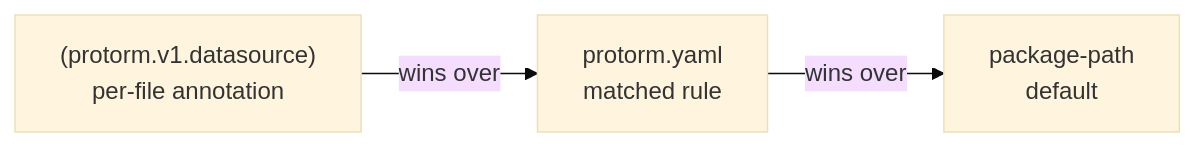
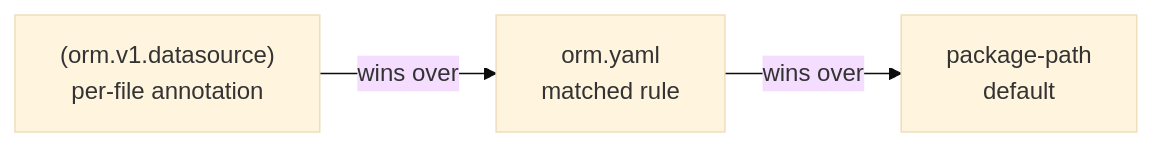
One commit to the-protobuf-project/orm changed the fourth of 4 diagrams in README.md. Above: the diagram before and after it, drawn with Mermaid (base theme). The commit also changed other lines of this file and 337 other files, not shown here.

First line of the commit message:
feat: add ORM protobuf definitions for datasource, table, and column options

````diff
--- a/README.md
+++ b/README.md
@@ -488,5 +494,5 @@
 ```mermaid
 flowchart LR
-    A["(protorm.v1.datasource)<br/>per-file annotation"] -->|wins over| B["protorm.yaml<br/>matched rule"]
+    A["(orm.v1.datasource)<br/>per-file annotation"] -->|wins over| B["orm.yaml<br/>matched rule"]
     B -->|wins over| C["package-path<br/>default"]
 ```
````
